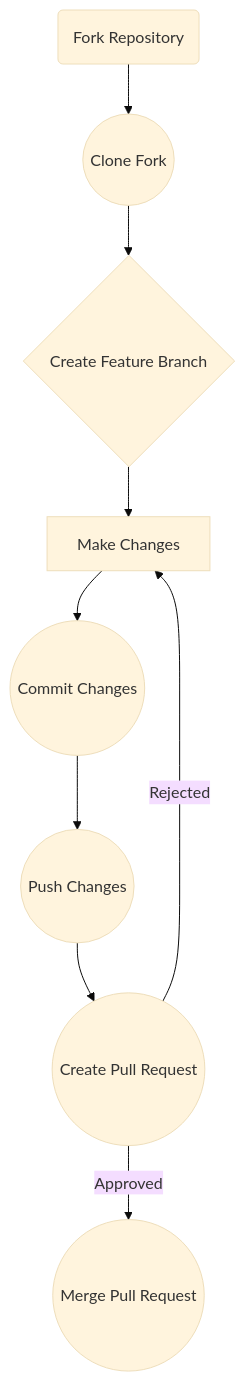
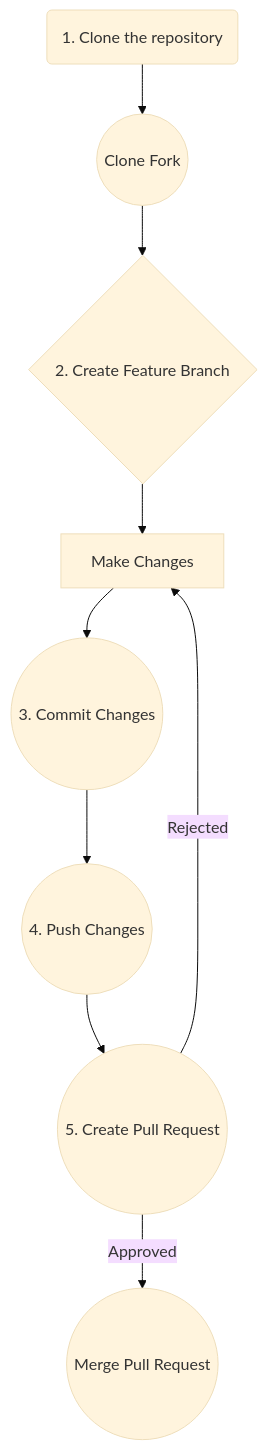
One commit to lalomax/Tenzies changed the diagram in README.md. Above: the diagram before and after it, drawn with Mermaid (base theme). The commit also changed other lines of this file, not shown here.

````diff
--- a/README.md
+++ b/README.md
@@ -148,11 +148,11 @@
 ```mermaid
 flowchart 
-    A(Fork Repository) --> B((Clone Fork))
-    B --> C{Create Feature Branch}
+    A(1. Clone the repository) --> B((Clone Fork))
+    B --> C{2. Create Feature Branch}
     C --> D[Make Changes]
-    D --> E((Commit Changes))
-    E --> F((Push Changes))
-    F --> G((Create Pull Request))
+    D --> E((3. Commit Changes))
+    E --> F((4. Push Changes))
+    F --> G((5. Create Pull Request))
     G -- Approved --> H((Merge Pull Request))
     G -- Rejected --> D
 ```
````
